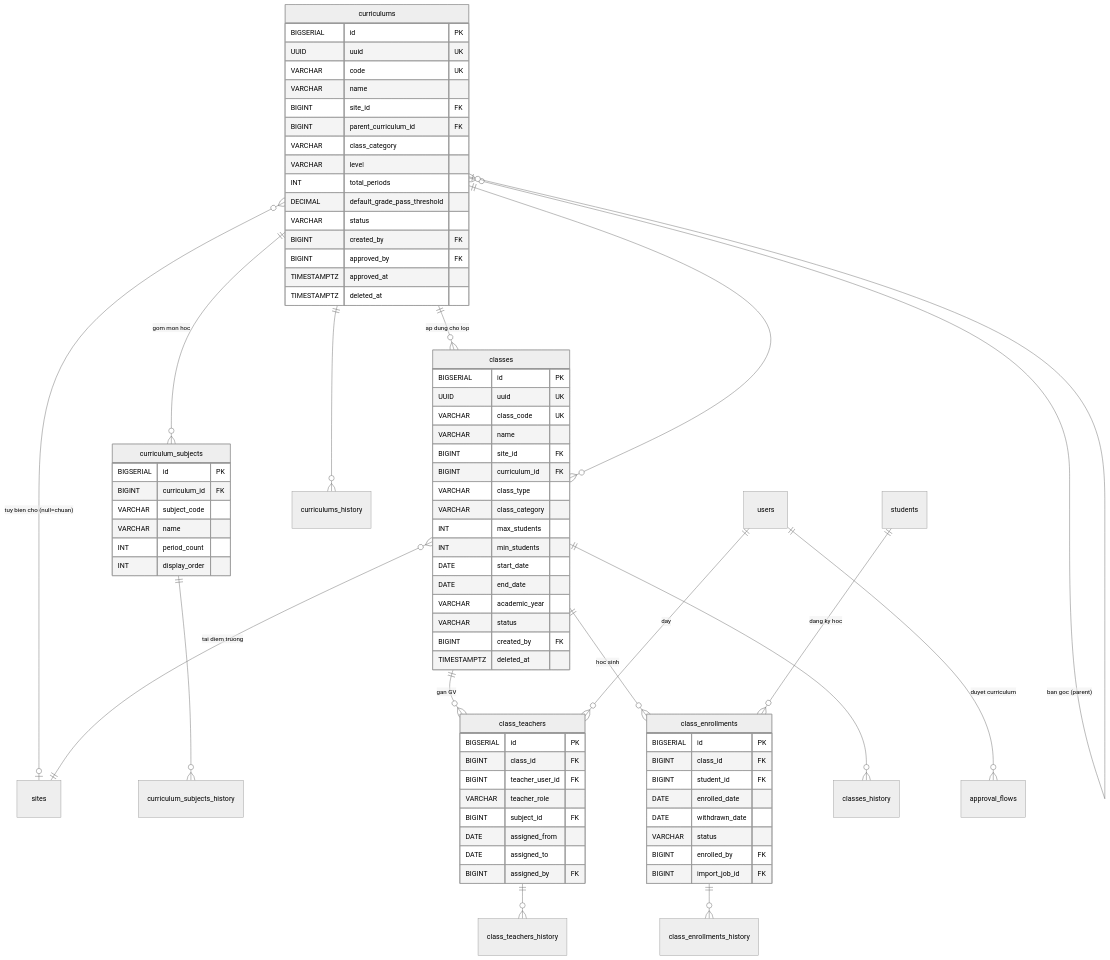
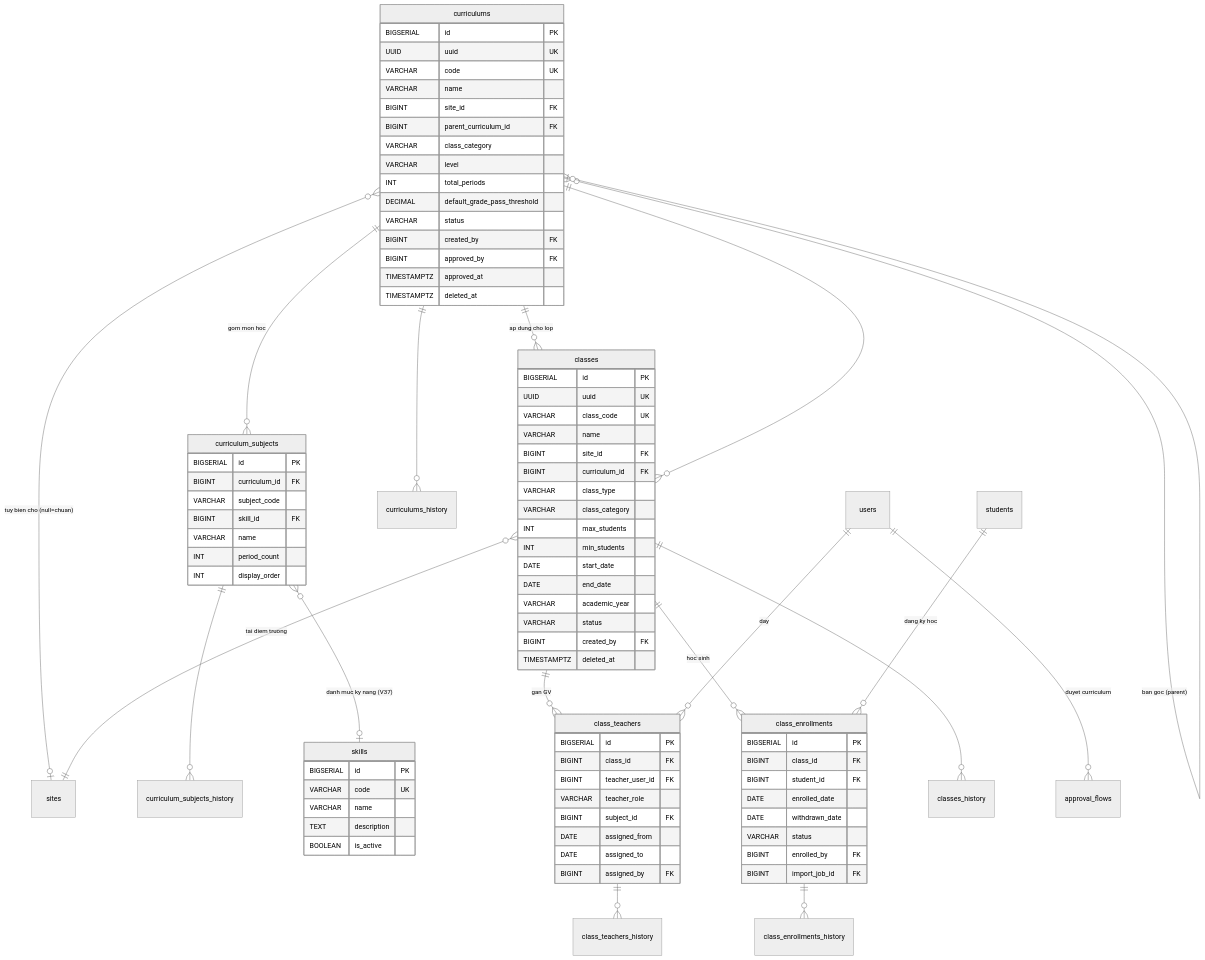
One commit to langtuananh2424/pps-education changed the diagram in docs/diagrams/erd/ERD-Nhom5A-KhungChuongTrinh.mmd. Above: the diagram before and after it, drawn with Mermaid (neutral theme). The commit also changed 46 other files, not shown here.

```diff
--- a/docs/diagrams/erd/ERD-Nhom5A-KhungChuongTrinh.mmd
+++ b/docs/diagrams/erd/ERD-Nhom5A-KhungChuongTrinh.mmd
@@ -1,89 +1,99 @@
 erDiagram
     curriculums ||--o{ curriculum_subjects : "gom mon hoc"
     curriculums ||--o{ classes : "ap dung cho lop"
     curriculums ||--o{ curriculums_history : ""
     curriculums }o--o| sites : "tuy bien cho (null=chuan)"
     curriculums }o--o| curriculums : "ban goc (parent)"
 
     curriculum_subjects ||--o{ curriculum_subjects_history : ""
+    curriculum_subjects }o--o| skills : "danh muc ky nang (V37)"
 
     classes ||--o{ class_teachers : "gan GV"
     classes ||--o{ class_enrollments : "hoc sinh"
     classes }o--|| sites : "tai diem truong"
     classes }o--|| curriculums : ""
     classes ||--o{ classes_history : ""
 
     users ||--o{ class_teachers : "day"
     students ||--o{ class_enrollments : "dang ky hoc"
     class_teachers ||--o{ class_teachers_history : ""
     class_enrollments ||--o{ class_enrollments_history : ""
 
     users ||--o{ approval_flows : "duyet curriculum"
 
     curriculums {
         BIGSERIAL id PK
         UUID uuid UK
         VARCHAR code UK
         VARCHAR name
         BIGINT site_id FK
         BIGINT parent_curriculum_id FK
         VARCHAR class_category
         VARCHAR level
         INT total_periods
         DECIMAL default_grade_pass_threshold
         VARCHAR status
         BIGINT created_by FK
         BIGINT approved_by FK
         TIMESTAMPTZ approved_at
         TIMESTAMPTZ deleted_at
     }
 
     curriculum_subjects {
         BIGSERIAL id PK
         BIGINT curriculum_id FK
         VARCHAR subject_code
+        BIGINT skill_id FK
         VARCHAR name
         INT period_count
         INT display_order
+    }
+
+    skills {
+        BIGSERIAL id PK
+        VARCHAR code UK
+        VARCHAR name
+        TEXT description
+        BOOLEAN is_active
     }
 
     classes {
         BIGSERIAL id PK
         UUID uuid UK
         VARCHAR class_code UK
         VARCHAR name
         BIGINT site_id FK
         BIGINT curriculum_id FK
         VARCHAR class_type
         VARCHAR class_category
         INT max_students
         INT min_students
         DATE start_date
         DATE end_date
         VARCHAR academic_year
         VARCHAR status
         BIGINT created_by FK
         TIMESTAMPTZ deleted_at
     }
 
     class_teachers {
         BIGSERIAL id PK
         BIGINT class_id FK
         BIGINT teacher_user_id FK
         VARCHAR teacher_role
         BIGINT subject_id FK
         DATE assigned_from
         DATE assigned_to
         BIGINT assigned_by FK
     }
 
     class_enrollments {
         BIGSERIAL id PK
         BIGINT class_id FK
         BIGINT student_id FK
         DATE enrolled_date
         DATE withdrawn_date
         VARCHAR status
         BIGINT enrolled_by FK
         BIGINT import_job_id FK
     }
```
